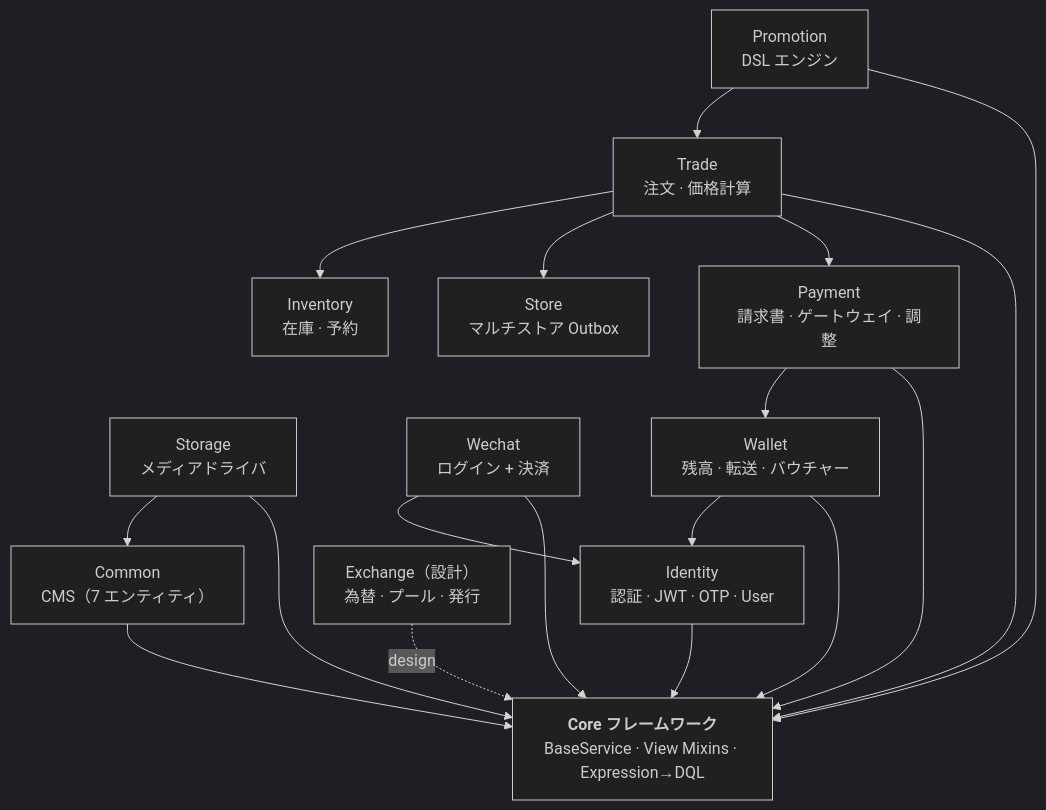
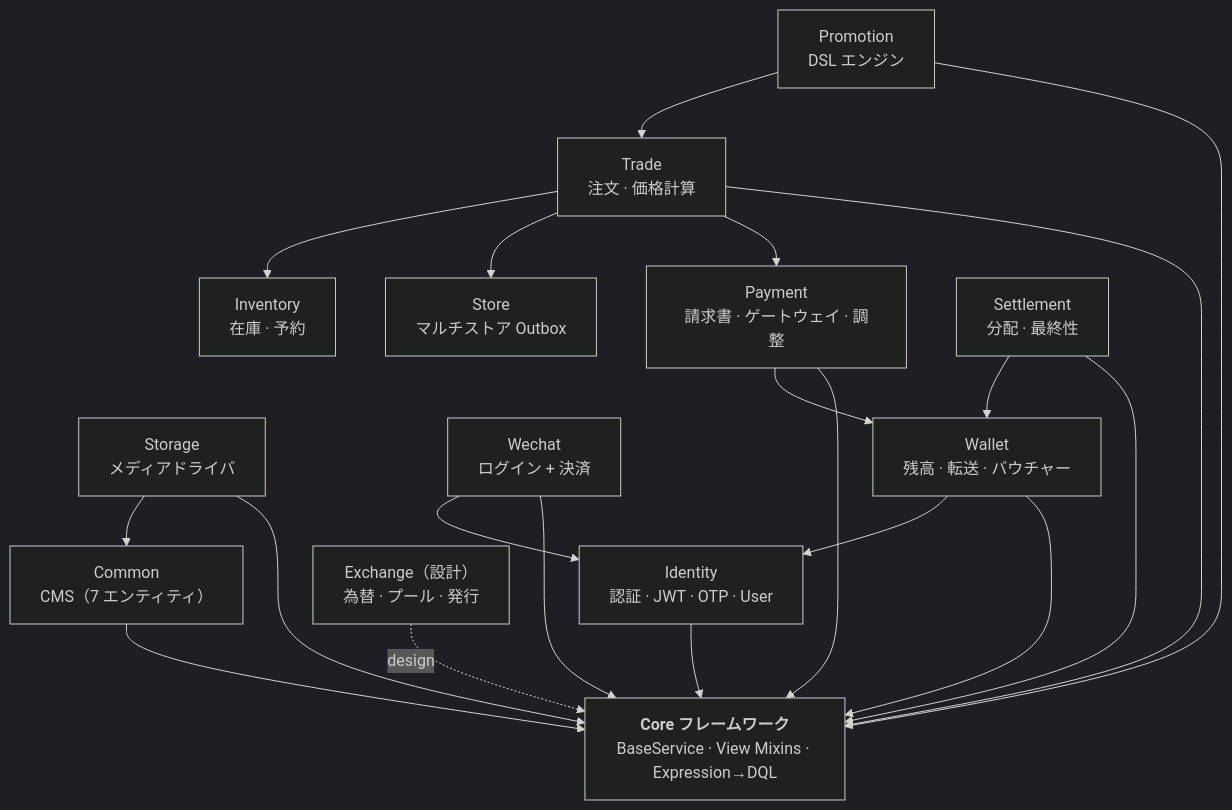
One commit to dream-studio-china/edc-online-membership changed the first of 2 diagrams in README.ja.md. Above: the diagram before and after it, drawn with Mermaid (dark theme). The commit also changed other lines of this file and 4 other files, not shown here.

````diff
--- a/README.ja.md
+++ b/README.ja.md
@@ -11,33 +11,36 @@
 ```mermaid
 flowchart TB
     Core["<b>Core フレームワーク</b><br/>BaseService · View Mixins · Expression→DQL"]
     Identity["Identity<br/>認証 · JWT · OTP · User"]
     Common["Common<br/>CMS（7 エンティティ）"]
     Storage["Storage<br/>メディアドライバ"]
     Wechat["Wechat<br/>ログイン + 決済"]
     Wallet["Wallet<br/>残高 · 転送 · バウチャー"]
     Payment["Payment<br/>請求書 · ゲートウェイ · 調整"]
     Trade["Trade<br/>注文 · 価格計算"]
     Store["Store<br/>マルチストア Outbox"]
     Inventory["Inventory<br/>在庫 · 予約"]
     Promotion["Promotion<br/>DSL エンジン"]
+    Settlement["Settlement<br/>分配 · 最終性"]
     Exchange["Exchange（設計）<br/>為替 · プール · 発行"]
 
     Identity --> Core
     Common --> Core
     Storage --> Core
     Storage --> Common
     Wechat --> Core
     Wechat --> Identity
     Wallet --> Core
     Wallet --> Identity
     Payment --> Core
     Payment --> Wallet
     Trade --> Core
     Trade --> Payment
     Trade --> Store
     Trade --> Inventory
     Promotion --> Core
     Promotion --> Trade
+    Settlement --> Core
+    Settlement --> Wallet
     Exchange -. "design" .-> Core
 ```
````
